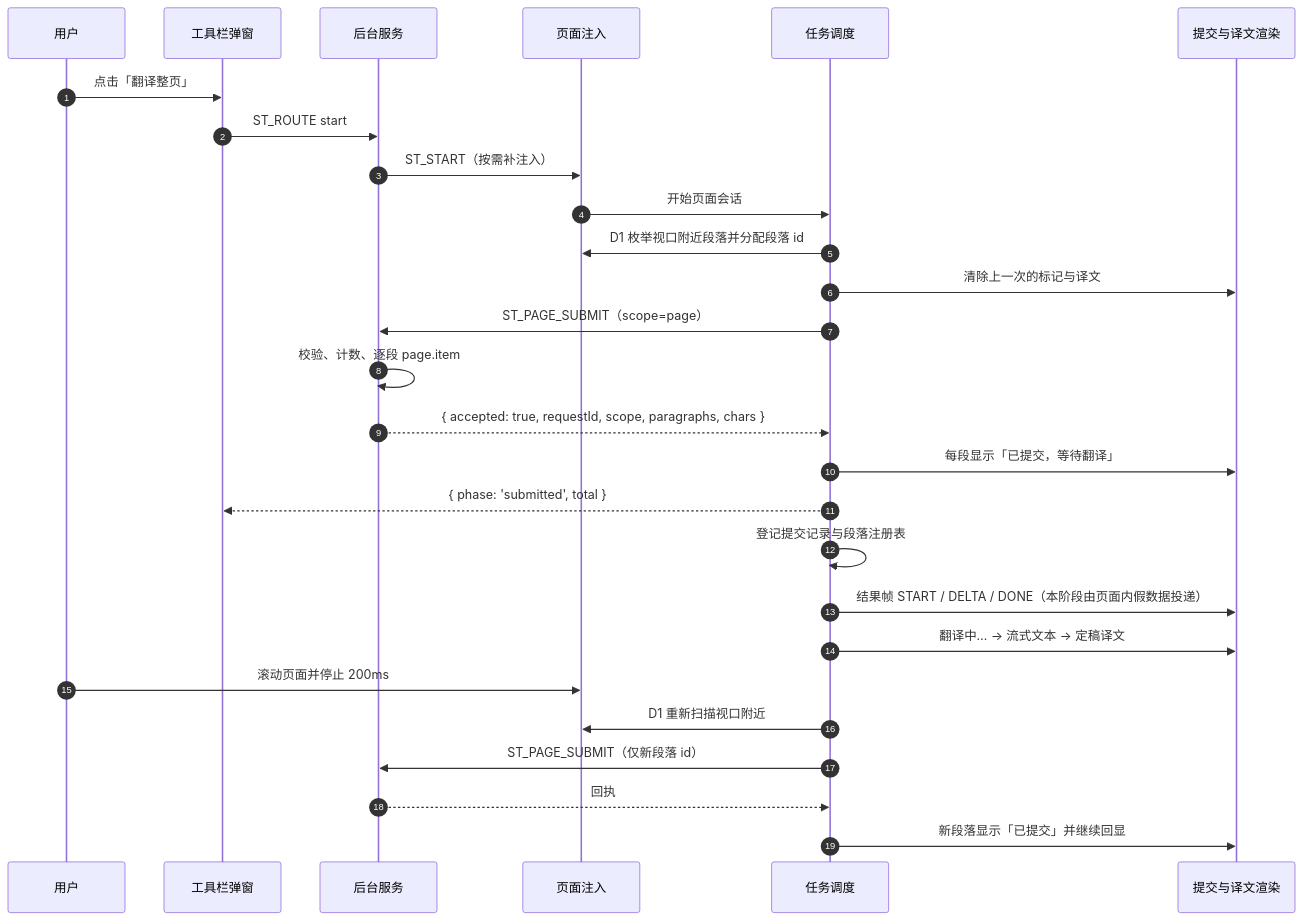
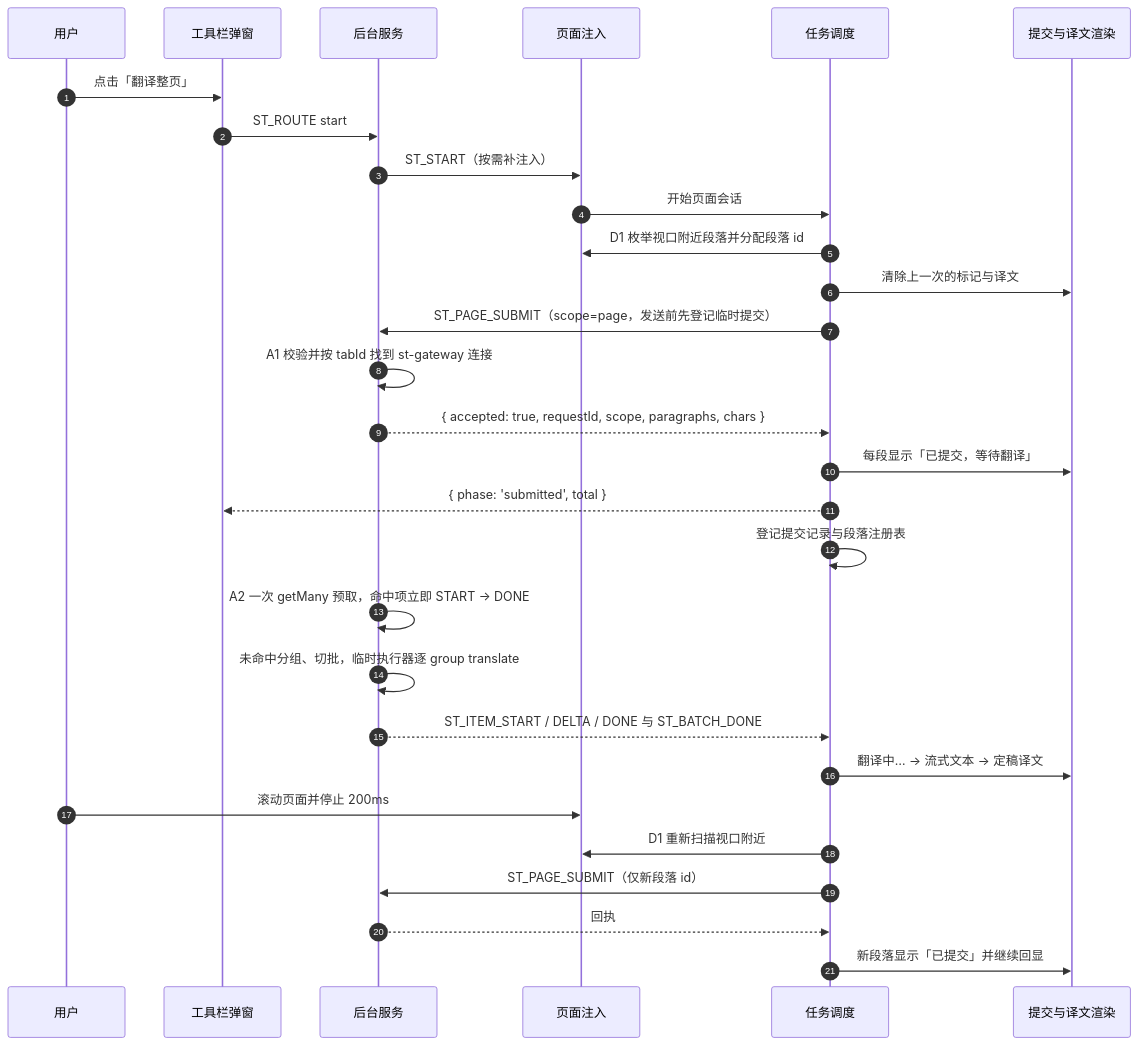
Before and after one commit to xiaochen0517/simpletrans: the fourth of 5 diagrams in docs/项目架构.md, drawn with Mermaid. The commit also changed other lines of this file and 25 other files, not shown here.

````diff
--- a/docs/项目架构.md
+++ b/docs/项目架构.md
@@ -759,29 +763,31 @@
 ```mermaid
 sequenceDiagram
   autonumber
   participant U as 用户
   participant P as 工具栏弹窗
   participant B as 后台服务
   participant C as 页面注入
   participant T as 任务调度
   participant R as 提交与译文渲染
   U->>P: 点击「翻译整页」
   P->>B: ST_ROUTE start
   B->>C: ST_START（按需补注入）
   C->>T: 开始页面会话
   T->>C: D1 枚举视口附近段落并分配段落 id
   T->>R: 清除上一次的标记与译文
-  T->>B: ST_PAGE_SUBMIT（scope=page）
-  B->>B: 校验、计数、逐段 page.item
+  T->>B: ST_PAGE_SUBMIT（scope=page，发送前先登记临时提交）
+  B->>B: A1 校验并按 tabId 找到 st-gateway 连接
   B-->>T: { accepted: true, requestId, scope, paragraphs, chars }
   T->>R: 每段显示「已提交，等待翻译」
   T-->>P: { phase: 'submitted', total }
   T->>T: 登记提交记录与段落注册表
-  T->>R: 结果帧 START / DELTA / DONE（本阶段由页面内假数据投递）
+  B->>B: A2 一次 getMany 预取，命中项立即 START → DONE
+  B->>B: 未命中分组、切批，临时执行器逐 group translate
+  B-->>T: ST_ITEM_START / DELTA / DONE 与 ST_BATCH_DONE
   T->>R: 翻译中… → 流式文本 → 定稿译文
   U->>C: 滚动页面并停止 200ms
   T->>C: D1 重新扫描视口附近
   T->>B: ST_PAGE_SUBMIT（仅新段落 id）
   B-->>T: 回执
   T->>R: 新段落显示「已提交」并继续回显
 ```
````
